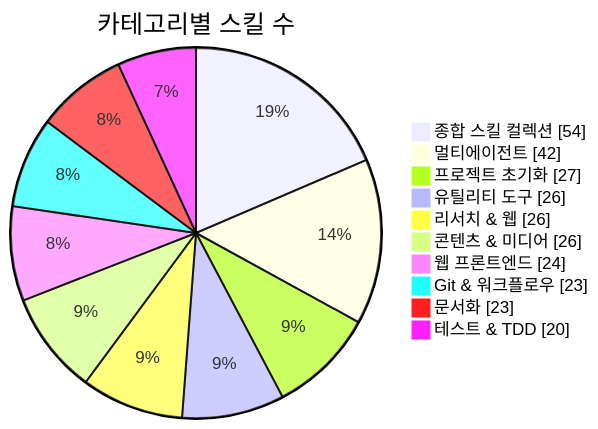
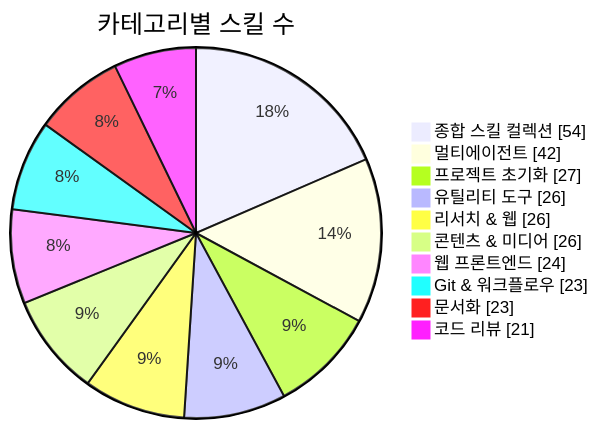
The first of 3 diagrams in README.md (J-nowcow/awesome-korean-agent-skills), drawn with Mermaid before and after one commit. The commit also changed other lines of this file and 4 other files, not shown here.

````diff
--- a/README.md
+++ b/README.md
@@ -176,14 +176,14 @@
 ```mermaid
 pie showData
     title 카테고리별 스킬 수
     "종합 스킬 컬렉션" : 54
     "멀티에이전트" : 42
     "프로젝트 초기화" : 27
     "유틸리티 도구" : 26
     "리서치 & 웹" : 26
     "콘텐츠 & 미디어" : 26
     "웹 프론트엔드" : 24
     "Git & 워크플로우" : 23
     "문서화" : 23
-    "테스트 & TDD" : 20
+    "코드 리뷰" : 21
 ```
````
